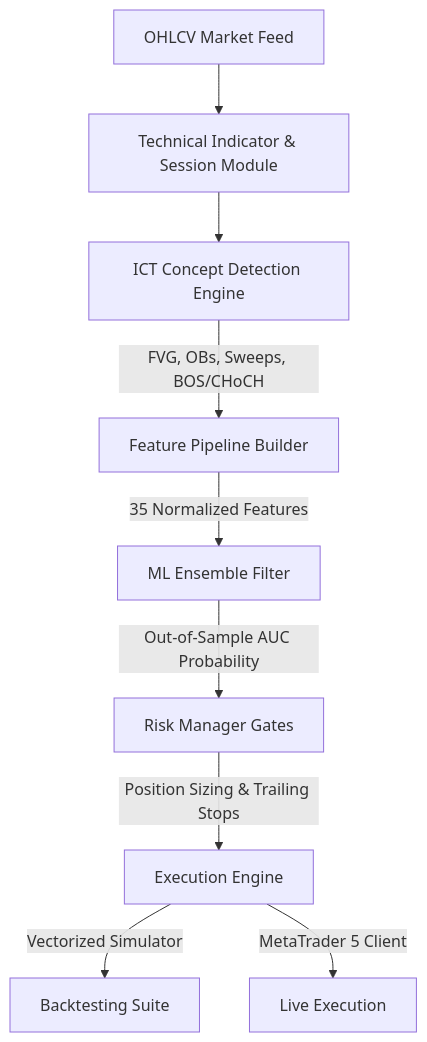
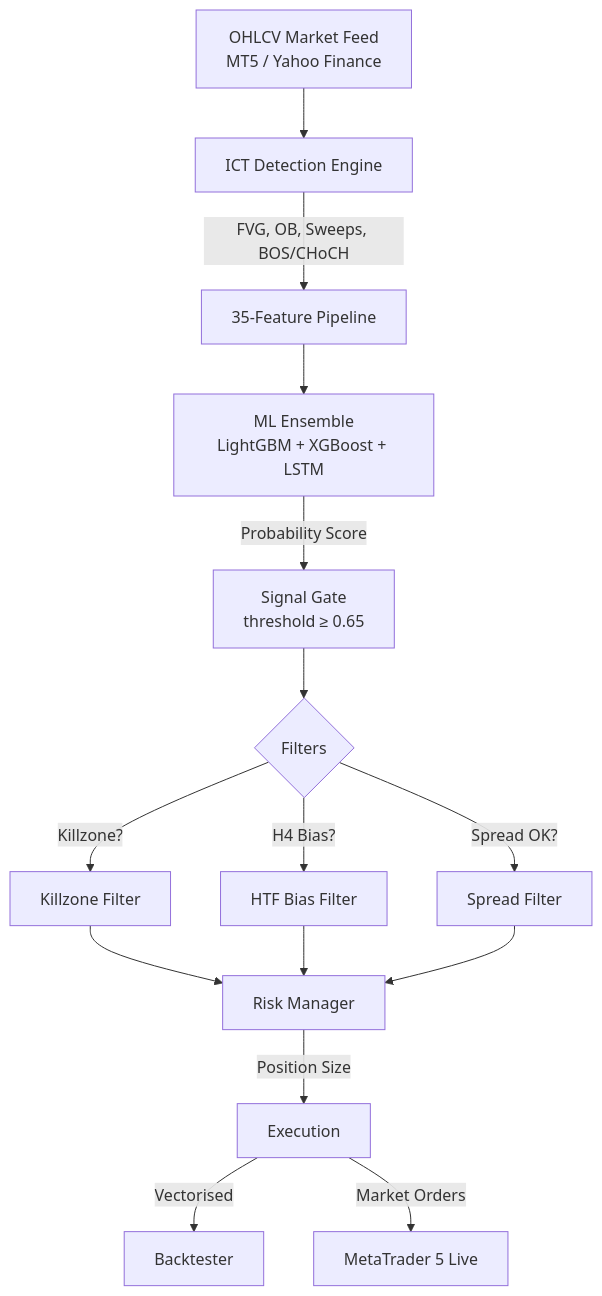
The diagram in README.md (Semordzi-Eric/ICT-TRADE-NEW), drawn with Mermaid before and after one commit. The commit also changed other lines of this file and 15 other files, not shown here.

````diff
--- a/README.md
+++ b/README.md
@@ -12,11 +31,15 @@
 ```mermaid
 graph TD
-    A[OHLCV Market Feed] --> B[Technical Indicator & Session Module]
-    B --> C[ICT Concept Detection Engine]
-    C -->|FVG, OBs, Sweeps, BOS/CHoCH| D[Feature Pipeline Builder]
-    D -->|35 Normalized Features| E[ML Ensemble Filter]
-    E -->|Out-of-Sample AUC Probability| F[Risk Manager Gates]
-    F -->|Position Sizing & Trailing Stops| G[Execution Engine]
-    G -->|Vectorized Simulator| H[Backtesting Suite]
-    G -->|MetaTrader 5 Client| I[Live Execution]
+    A[OHLCV Market Feed<br>MT5 / Yahoo Finance] --> B[ICT Detection Engine]
+    B -->|FVG, OB, Sweeps, BOS/CHoCH| C[35-Feature Pipeline]
+    C --> D[ML Ensemble<br>LightGBM + XGBoost + LSTM]
+    D -->|Probability Score| E[Signal Gate<br>threshold ≥ 0.65]
+    E --> F{Filters}
+    F -->|Killzone?| G[Killzone Filter]
+    F -->|H4 Bias?| H[HTF Bias Filter]
+    F -->|Spread OK?| I[Spread Filter]
+    G & H & I --> J[Risk Manager]
+    J -->|Position Size| K[Execution]
+    K -->|Vectorised| L[Backtester]
+    K -->|Market Orders| M[MetaTrader 5 Live]
 ```
````
